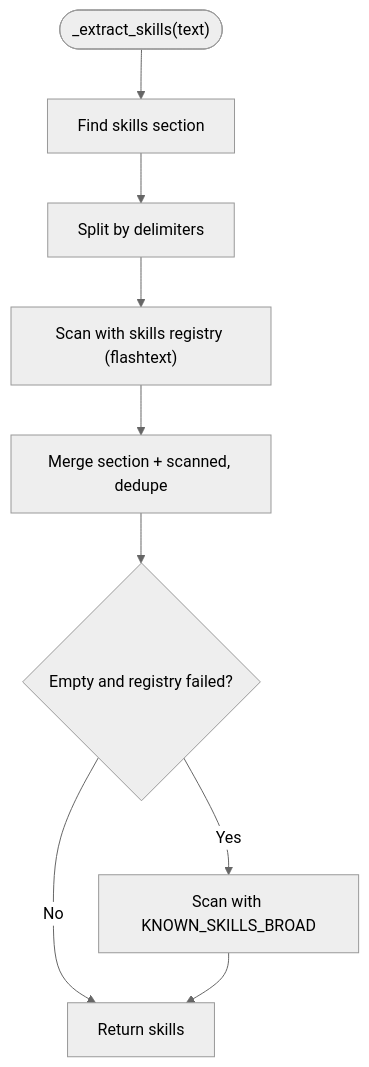
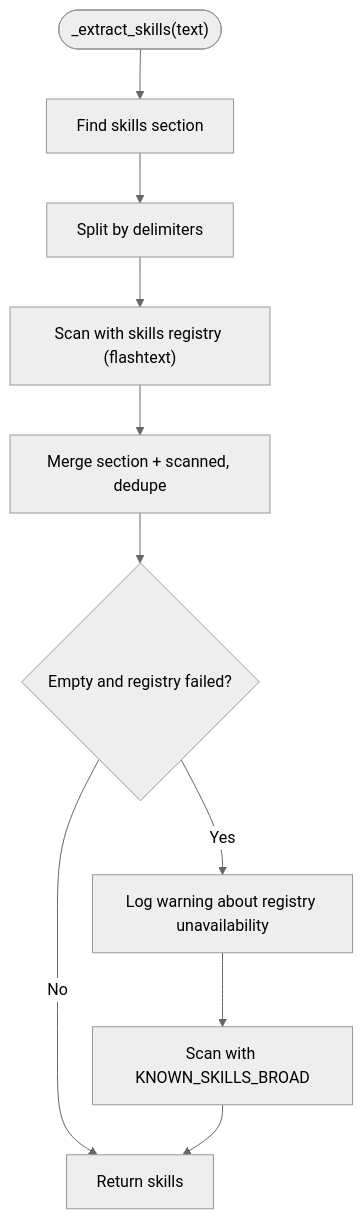
One commit to Revanththetalogics/aireume changed the seventh of 11 diagrams in .qoder/repowiki/en/content/Analysis Engine/Parser Service.md. Above: the diagram before and after it, drawn with Mermaid (neutral theme). The commit also changed other lines of this file and 33 other files, not shown here.

````diff
--- a/.qoder/repowiki/en/content/Analysis Engine/Parser Service.md
+++ b/.qoder/repowiki/en/content/Analysis Engine/Parser Service.md
@@ -252,11 +300,12 @@
 ```mermaid
 flowchart TD
 StartSkills(["_extract_skills(text)"]) --> Section["Find skills section"]
 Section --> Split["Split by delimiters"]
 Split --> Registry["Scan with skills registry (flashtext)"]
 Registry --> Merge["Merge section + scanned, dedupe"]
 Merge --> Fallback{"Empty and registry failed?"}
-Fallback --> |Yes| Broad["Scan with KNOWN_SKILLS_BROAD"]
+Fallback --> |Yes| LogWarn["Log warning about registry unavailability"]
+LogWarn --> Broad["Scan with KNOWN_SKILLS_BROAD"]
 Fallback --> |No| Done["Return skills"]
 Broad --> Done
 ```
````
